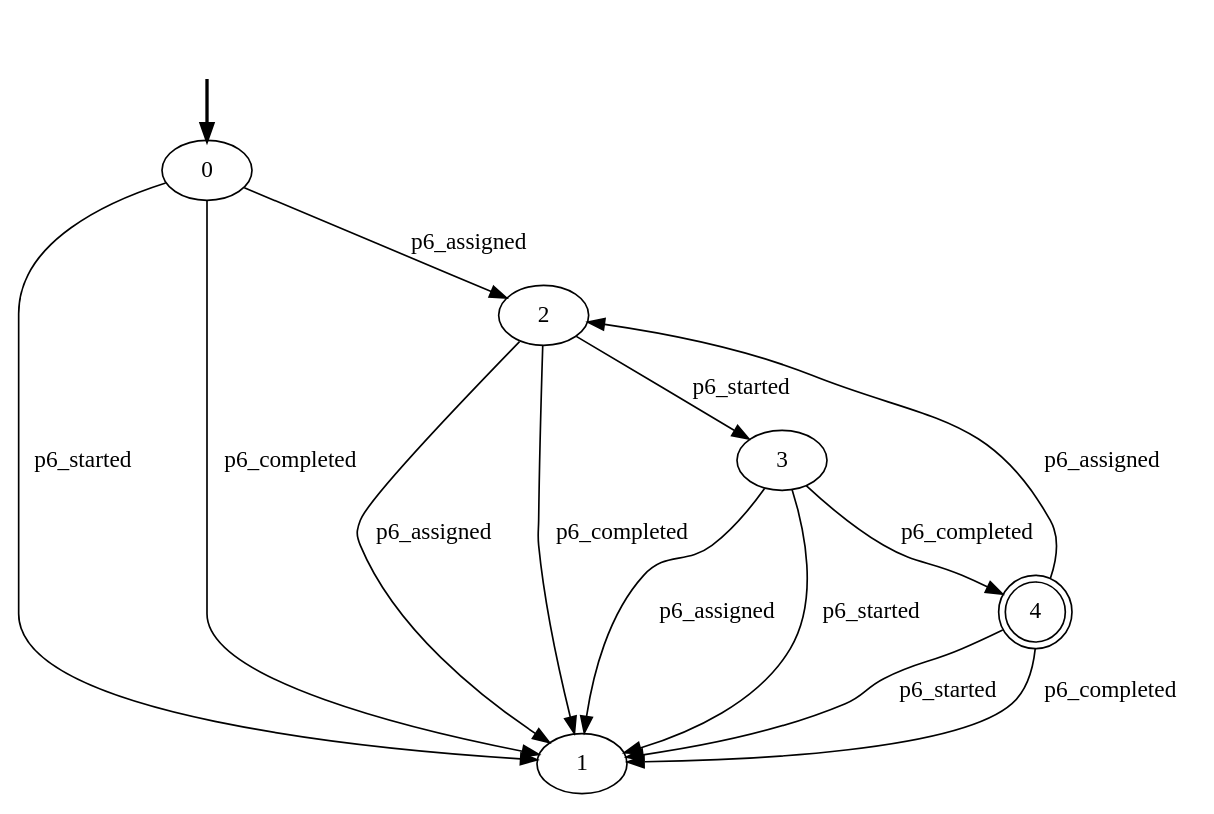
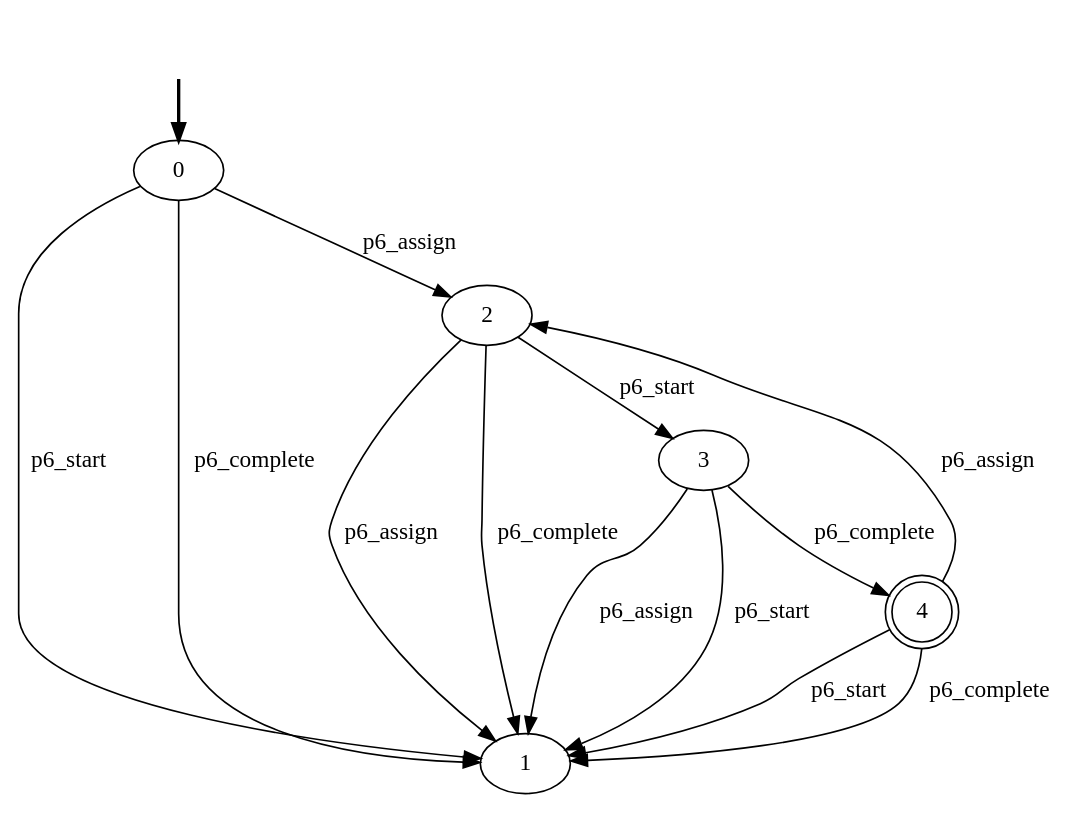
The diagram in Plan-based_Data_Aware_Declarative_Conf_Checker/resources/declarative-models/Data-Aware/5-CONSTRAINTS/p6_lifecycle.dot (GianmarcoBordin/pddlTranslator), drawn with Graphviz before and after one commit. The commit also changed 87 other files, not shown here.

```diff
--- a/Plan-based_Data_Aware_Declarative_Conf_Checker/resources/declarative-models/Data-Aware/5-CONSTRAINTS/p6_lifecycle.dot
+++ b/Plan-based_Data_Aware_Declarative_Conf_Checker/resources/declarative-models/Data-Aware/5-CONSTRAINTS/p6_lifecycle.dot
@@ -1,21 +1,21 @@
 digraph {
 		fake0 [style=invisible]
 		0 [root=true]
 		1
 		2
 		3
 		4 [shape=doublecircle]
 		fake0 -> 0 [style=bold]
-		2 -> 1 [label=p6_assigned]
-		2 -> 3 [label=p6_started]
-		2 -> 1 [label=p6_completed]
-		3 -> 1 [label=p6_assigned]
-		3 -> 1 [label=p6_started]
-		3 -> 4 [label=p6_completed]
-		4 -> 2 [label=p6_assigned]
-		4 -> 1 [label=p6_started]
-		4 -> 1 [label=p6_completed]
-		0 -> 2 [label=p6_assigned]
-		0 -> 1 [label=p6_started]
-		0 -> 1 [label=p6_completed]
+		2 -> 1 [label=p6_assign]
+		2 -> 3 [label=p6_start]
+		2 -> 1 [label=p6_complete]
+		3 -> 1 [label=p6_assign]
+		3 -> 1 [label=p6_start]
+		3 -> 4 [label=p6_complete]
+		4 -> 2 [label=p6_assign]
+		4 -> 1 [label=p6_start]
+		4 -> 1 [label=p6_complete]
+		0 -> 2 [label=p6_assign]
+		0 -> 1 [label=p6_start]
+		0 -> 1 [label=p6_complete]
 }
```
